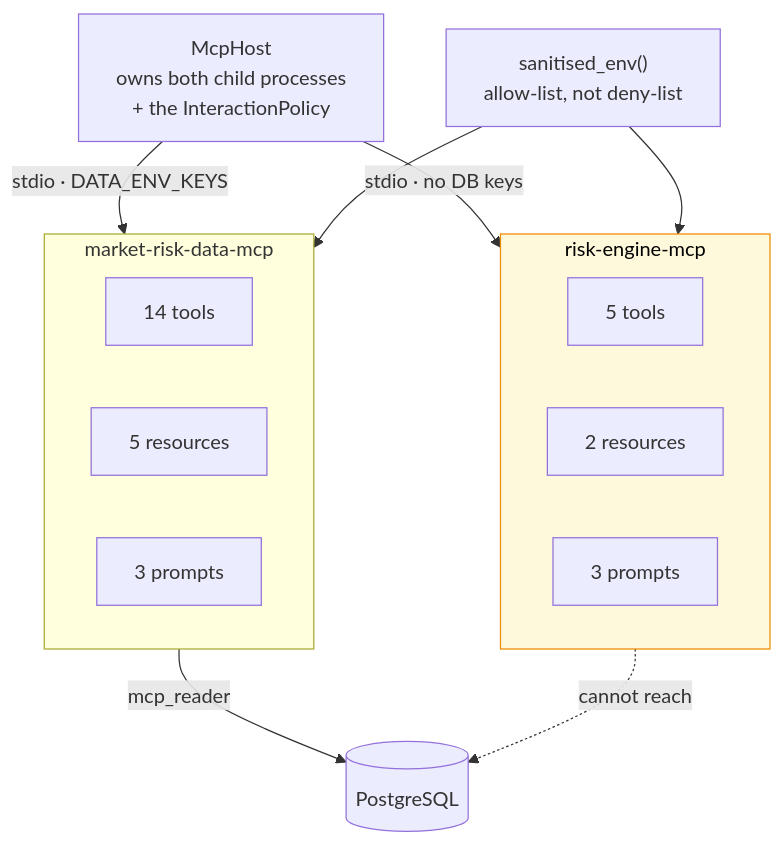
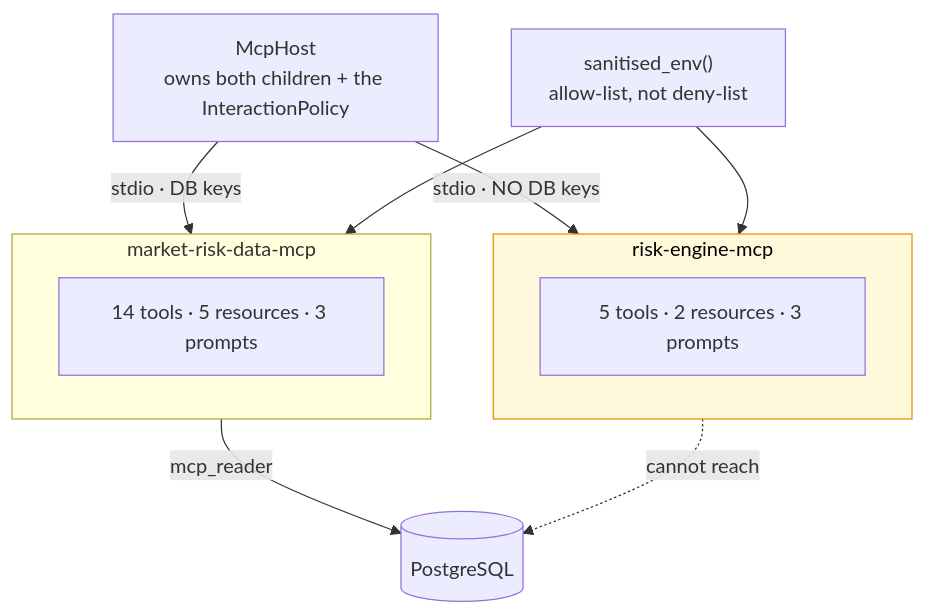
The fifth of 7 diagrams in README.md (KrishnaAnnavaram/semantic-mcp-data-access-gateway), drawn with Mermaid before and after one commit. The commit also changed other lines of this file, not shown here.

First line of the commit message:
docs: complete end-to-end README with high-level and detailed diagrams

````diff
--- a/README.md
+++ b/README.md
@@ -197,28 +319,19 @@
 ```mermaid
 flowchart TD
-    HOST["McpHost<br/>owns both child processes<br/>+ the InteractionPolicy"]
-
+    HOST["McpHost<br/>owns both children + the InteractionPolicy"]
     subgraph D["market-risk-data-mcp"]
-        DT["14 tools"]
-        DR["5 resources"]
-        DP["3 prompts"]
+        DT["14 tools · 5 resources · 3 prompts"]
     end
-
     subgraph R["risk-engine-mcp"]
-        RT["5 tools"]
-        RR["2 resources"]
-        RP["3 prompts"]
+        RT["5 tools · 2 resources · 3 prompts"]
     end
-
     PG[("PostgreSQL")]
     ENV["sanitised_env()<br/>allow-list, not deny-list"]
-
-    HOST -->|"stdio · DATA_ENV_KEYS"| D
-    HOST -->|"stdio · no DB keys"| R
-    D -->|"mcp_reader"| PG
+    HOST -->|"stdio · DB keys"| D
+    HOST -->|"stdio · NO DB keys"| R
+    D -->|mcp_reader| PG
     R -.->|"cannot reach"| PG
     ENV --> D
     ENV --> R
-
     style R fill:#fff9db,stroke:#f08c00,color:#000
 ```
````
